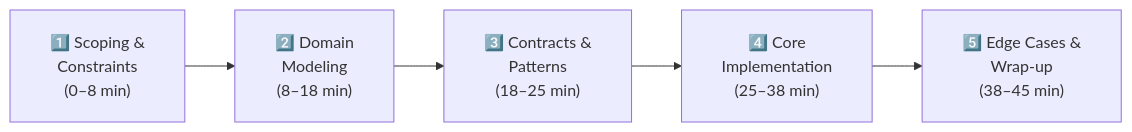
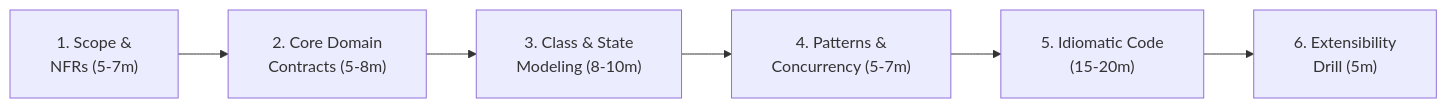
One commit to dip4k/DSA_102 changed the first of 3 diagrams in LLD/00_Core_Concepts/06_Interview_Execution_Framework.md. Above: the diagram before and after it, drawn with Mermaid. The commit also changed other lines of this file and 50 other files, not shown here.

````diff
--- a/LLD/00_Core_Concepts/06_Interview_Execution_Framework.md
+++ b/LLD/00_Core_Concepts/06_Interview_Execution_Framework.md
@@ -52,8 +11,9 @@
 ```mermaid
 %%{init: {"flowchart": {"htmlLabels": true, "padding": 20}, "themeCSS": "foreignObject { overflow: visible !important; }"}}%%
 flowchart LR
-    P1["1️⃣ Scoping &<br/>Constraints<br/>(0–8 min)"] --> P2["2️⃣ Domain<br/>Modeling<br/>(8–18 min)"]
-    P2 --> P3["3️⃣ Contracts &<br/>Patterns<br/>(18–25 min)"]
-    P3 --> P4["4️⃣ Core<br/>Implementation<br/>(25–38 min)"]
-    P4 --> P5["5️⃣ Edge Cases &<br/>Wrap-up<br/>(38–45 min)"]
+    P1["1. Scope &<br/>NFRs (5-7m)"] --> P2["2. Core Domain<br/>Contracts (5-8m)"]
+    P2 --> P3["3. Class & State<br/>Modeling (8-10m)"]
+    P3 --> P4["4. Patterns &<br/>Concurrency (5-7m)"]
+    P4 --> P5["5. Idiomatic Code<br/>(15-20m)"]
+    P5 --> P6["6. Extensibility<br/>Drill (5m)"]
 ```
````
